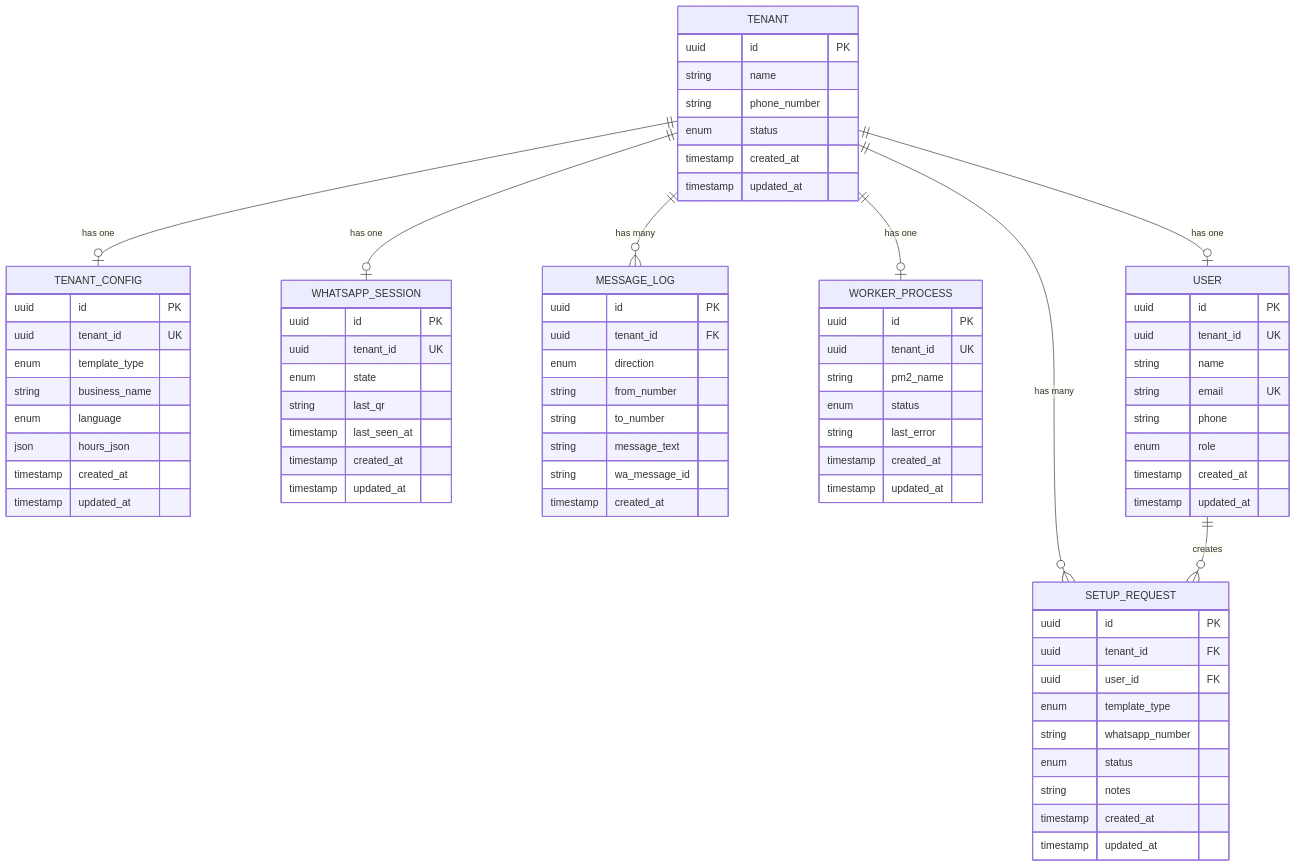
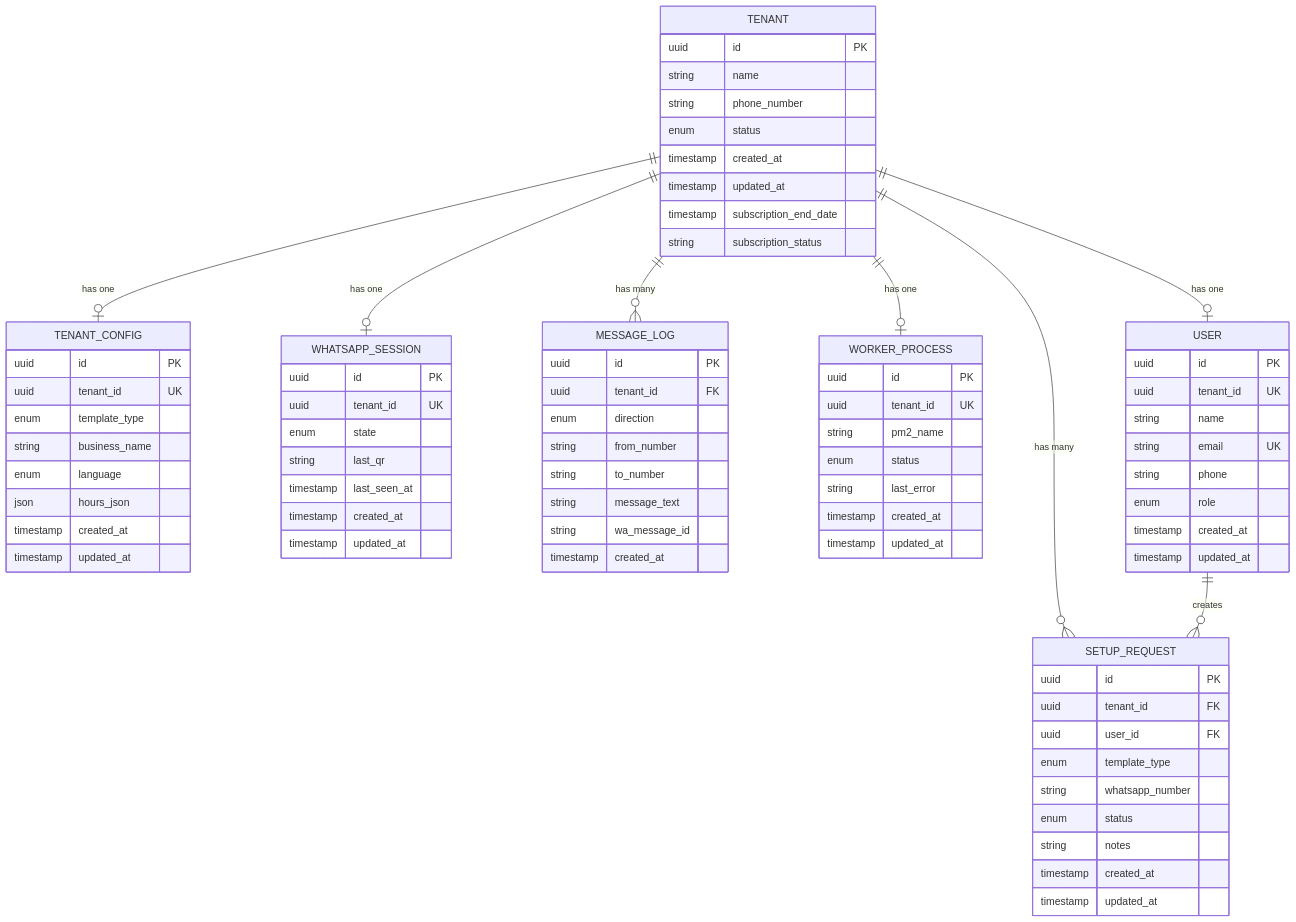
The eighth of 10 diagrams in .qoder/repowiki/en/content/Multi-Tenant Management/Multi-Tenant Management.md (askchiwa-spec/FLOW-HQ-BOT), drawn with Mermaid before and after one commit. The commit also changed other lines of this file and 27 other files, not shown here.

````diff
--- a/.qoder/repowiki/en/content/Multi-Tenant Management/Multi-Tenant Management.md
+++ b/.qoder/repowiki/en/content/Multi-Tenant Management/Multi-Tenant Management.md
@@ -367,77 +409,79 @@
 ```mermaid
 erDiagram
 TENANT {
 uuid id PK
 string name
 string phone_number
 enum status
 timestamp created_at
 timestamp updated_at
+timestamp subscription_end_date
+string subscription_status
 }
 TENANT_CONFIG {
 uuid id PK
 uuid tenant_id UK
 enum template_type
 string business_name
 enum language
 json hours_json
 timestamp created_at
 timestamp updated_at
 }
 WHATSAPP_SESSION {
 uuid id PK
 uuid tenant_id UK
 enum state
 string last_qr
 timestamp last_seen_at
 timestamp created_at
 timestamp updated_at
 }
 MESSAGE_LOG {
 uuid id PK
 uuid tenant_id FK
 enum direction
 string from_number
 string to_number
 string message_text
 string wa_message_id
 timestamp created_at
 }
 WORKER_PROCESS {
 uuid id PK
 uuid tenant_id UK
 string pm2_name
 enum status
 string last_error
 timestamp created_at
 timestamp updated_at
 }
 USER {
 uuid id PK
 uuid tenant_id UK
 string name
 string email UK
 string phone
 enum role
 timestamp created_at
 timestamp updated_at
 }
 SETUP_REQUEST {
 uuid id PK
 uuid tenant_id FK
 uuid user_id FK
 enum template_type
 string whatsapp_number
 enum status
 string notes
 timestamp created_at
 timestamp updated_at
 }
 TENANT ||--o| TENANT_CONFIG : "has one"
 TENANT ||--o| WHATSAPP_SESSION : "has one"
 TENANT ||--o| WORKER_PROCESS : "has one"
 TENANT ||--o{ MESSAGE_LOG : "has many"
 TENANT ||--o| USER : "has one"
 TENANT ||--o{ SETUP_REQUEST : "has many"
 USER ||--o{ SETUP_REQUEST : "creates"
 ```
````
